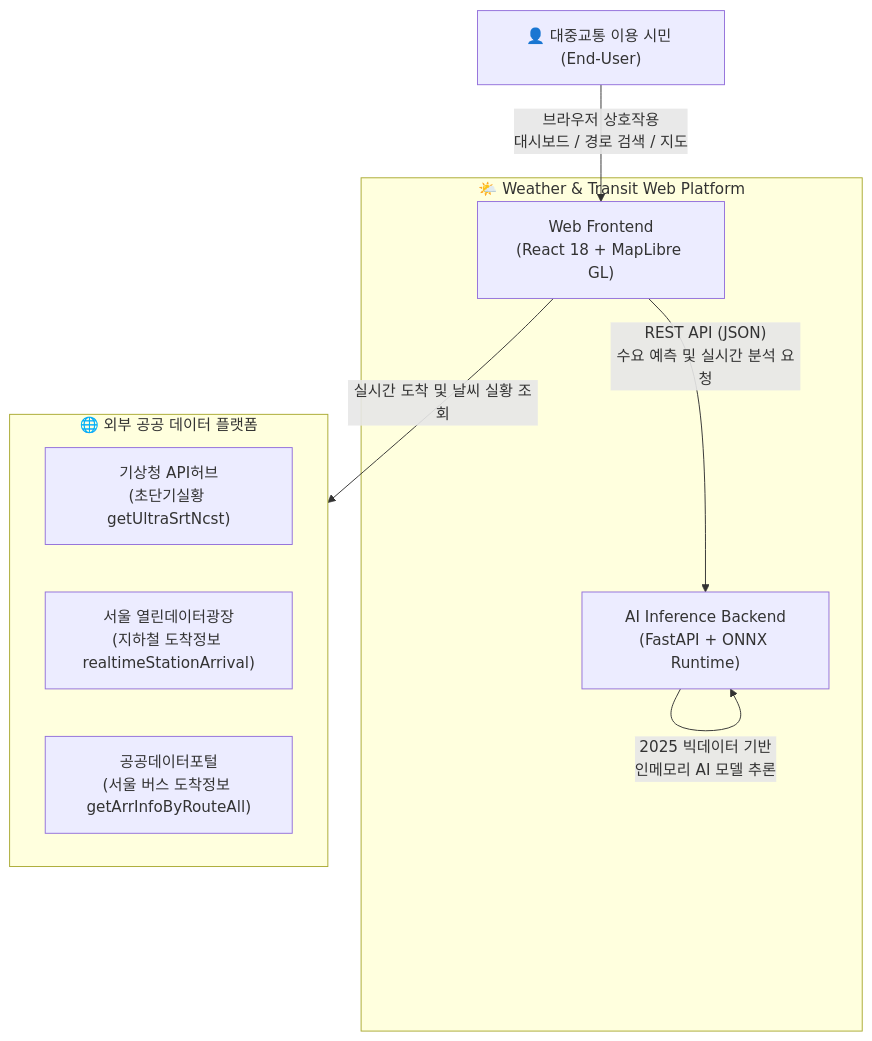
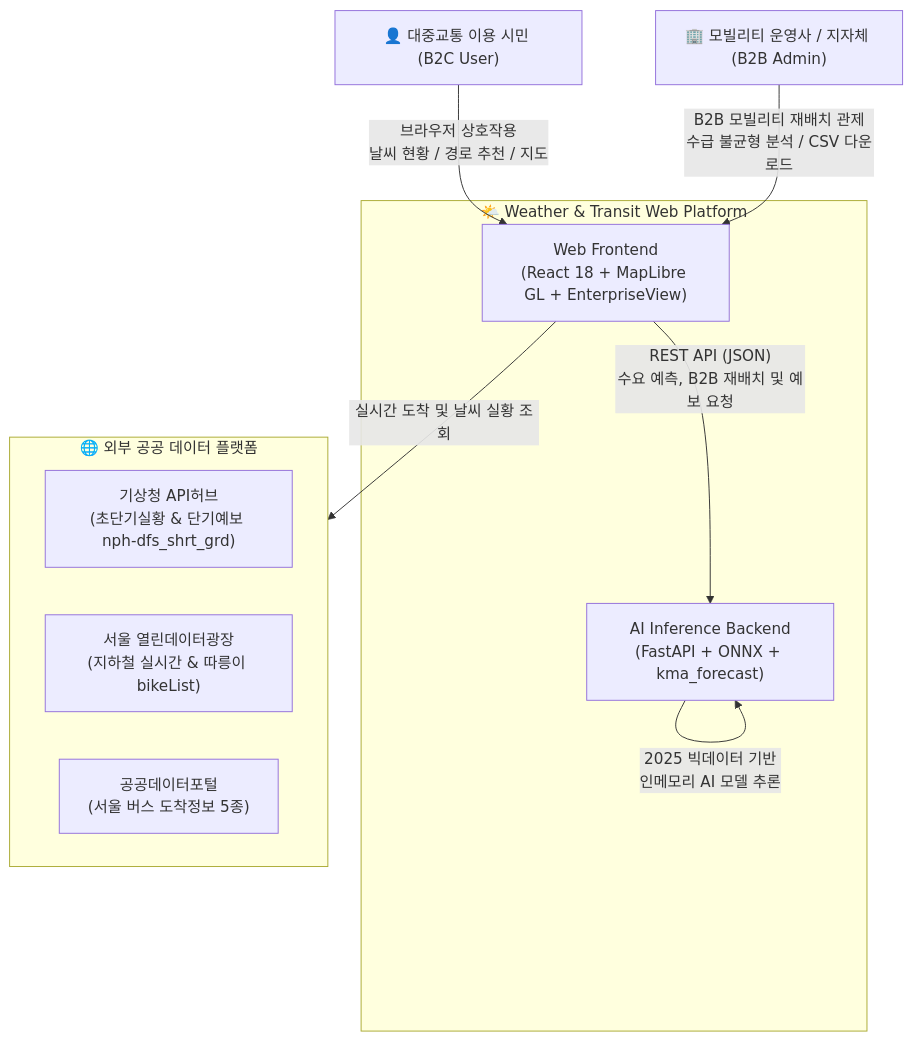
One commit to 14EE4/weather-transit-web changed the first of 6 diagrams in docs/SYSTEM_ARCHITECTURE.md. Above: the diagram before and after it, drawn with Mermaid. The commit also changed 3 other files, not shown here.

````diff
--- a/docs/SYSTEM_ARCHITECTURE.md
+++ b/docs/SYSTEM_ARCHITECTURE.md
@@ -44,20 +44,22 @@
 ```mermaid
 flowchart TD
-    User["👤 대중교통 이용 시민 (End-User)"]
+    User["👤 대중교통 이용 시민 (B2C User)"]
+    Admin["🏢 모빌리티 운영사 / 지자체 (B2B Admin)"]
     
     subgraph WeatherTransitSystem ["🌤️ Weather & Transit Web Platform"]
-        Frontend["Web Frontend<br>(React 18 + MapLibre GL)"]
-        Backend["AI Inference Backend<br>(FastAPI + ONNX Runtime)"]
+        Frontend["Web Frontend<br>(React 18 + MapLibre GL + EnterpriseView)"]
+        Backend["AI Inference Backend<br>(FastAPI + ONNX + kma_forecast)"]
     end
     
     subgraph ExternalServices ["🌐 외부 공공 데이터 플랫폼"]
-        KMA["기상청 API허브<br>(초단기실황 getUltraSrtNcst)"]
-        SeoulAPI["서울 열린데이터광장<br>(지하철 도착정보 realtimeStationArrival)"]
-        DataGoKr["공공데이터포털<br>(서울 버스 도착정보 getArrInfoByRouteAll)"]
+        KMA["기상청 API허브<br>(초단기실황 & 단기예보 nph-dfs_shrt_grd)"]
+        SeoulAPI["서울 열린데이터광장<br>(지하철 실시간 & 따릉이 bikeList)"]
+        DataGoKr["공공데이터포털<br>(서울 버스 도착정보 5종)"]
     end
     
-    User -->|"브라우저 상호작용<br>대시보드 / 경로 검색 / 지도"| Frontend
-    Frontend -->|"REST API (JSON)<br>수요 예측 및 실시간 분석 요청"| Backend
+    User -->|"브라우저 상호작용<br>날씨 현황 / 경로 추천 / 지도"| Frontend
+    Admin -->|"B2B 모빌리티 재배치 관제<br>수급 불균형 분석 / CSV 다운로드"| Frontend
+    Frontend -->|"REST API (JSON)<br>수요 예측, B2B 재배치 및 예보 요청"| Backend
     Frontend -->|"실시간 도착 및 날씨 실황 조회"| ExternalServices
     Backend -->|"2025 빅데이터 기반<br>인메모리 AI 모델 추론"| Backend
 ```
````
